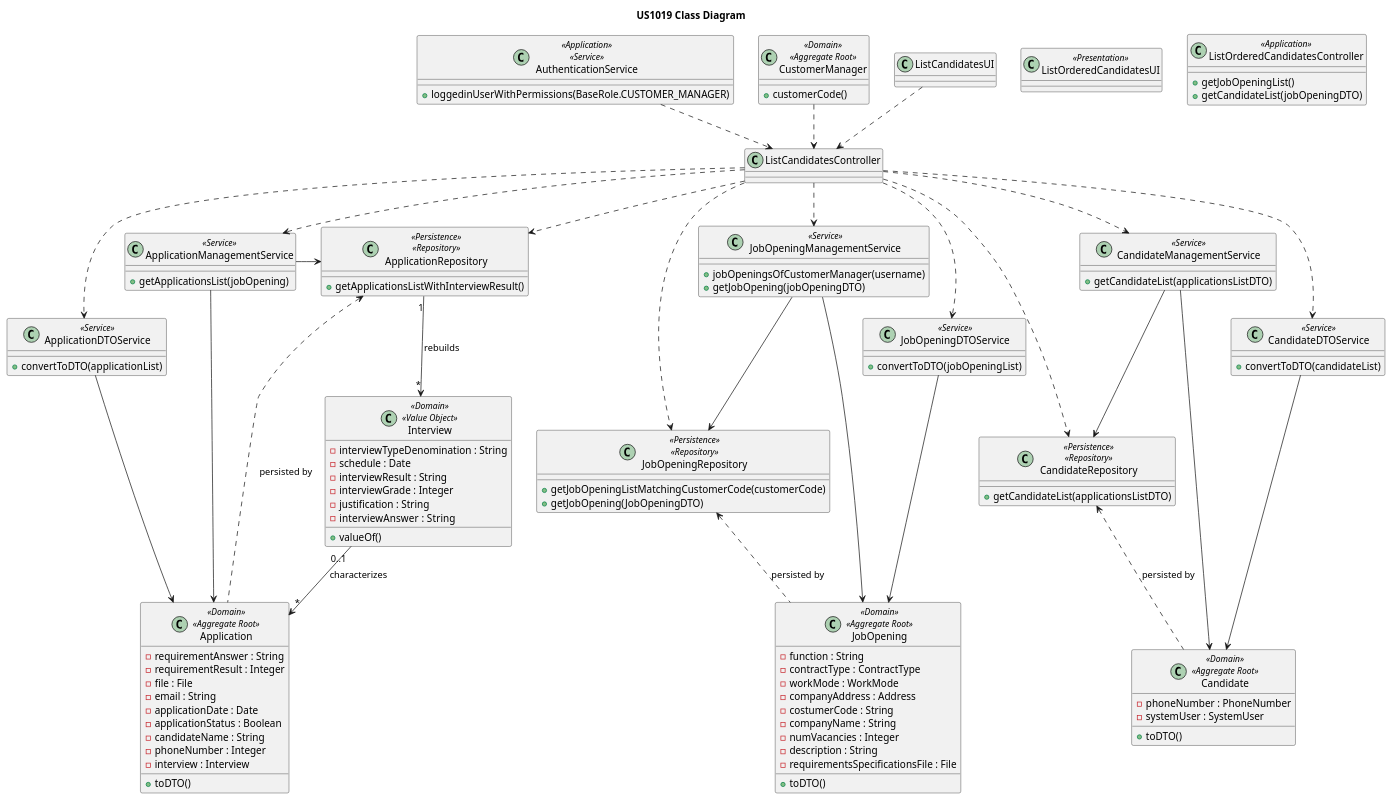
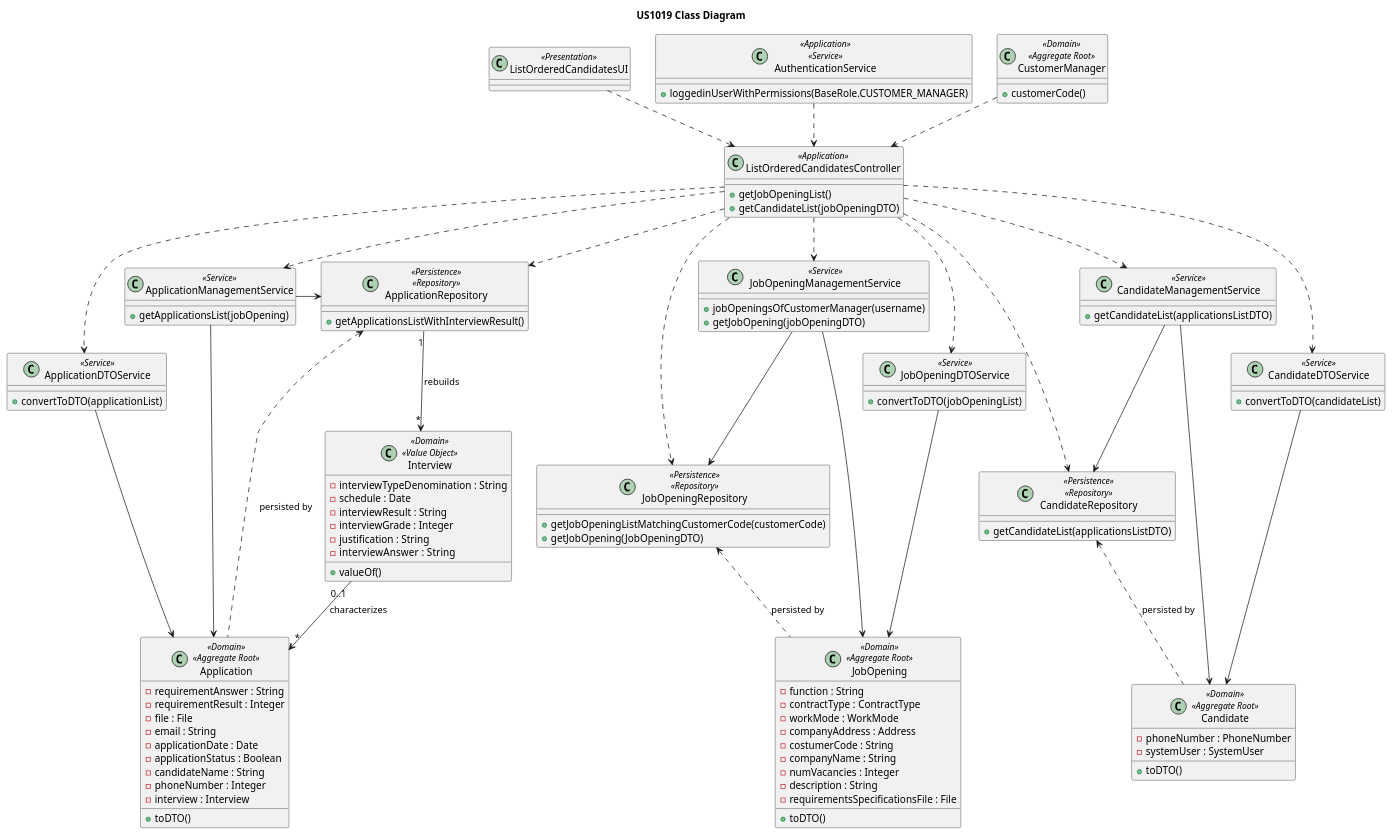
The diagram in docs/sprint-c/us_1019/CD/US1019_CD.puml (rita-barbosa/LAPR4-2324), drawn with PlantUML before and after one commit. The commit also changed 2 other files, not shown here.

Commit message:
docs: corrects names of UI and Controller on class diagram of us1019.
[#206]

```diff
--- a/docs/sprint-c/us_1019/CD/US1019_CD.puml
+++ b/docs/sprint-c/us_1019/CD/US1019_CD.puml
@@ -1,146 +1,146 @@
 @startuml US1019_CD
 title US1019 Class Diagram
 
 'package "Presentation" {
     class ListOrderedCandidatesUI <<Presentation>> {
     }
 '}
 
 'package "Application" {
     class ListOrderedCandidatesController <<Application>> {
         + getJobOpeningList()
         + getCandidateList(jobOpeningDTO)
     }
 '}
 
 class JobOpeningManagementService <<Service>> {
     + jobOpeningsOfCustomerManager(username)
     + getJobOpening(jobOpeningDTO)
 }
 
 class JobOpeningDTOService <<Service>> {
     + convertToDTO(jobOpeningList)
 }
 
 class ApplicationManagementService <<Service>> {
     + getApplicationsList(jobOpening)
 }
 
 class ApplicationDTOService <<Service>> {
     + convertToDTO(applicationList)
 }
 
 class CandidateManagementService <<Service>> {
     + getCandidateList(applicationsListDTO)
 }
 
 class CandidateDTOService <<Service>> {
     + convertToDTO(candidateList)
 }
 
 
     class AuthenticationService <<Application>> <<Service>> {
         + loggedinUserWithPermissions(BaseRole.CUSTOMER_MANAGER)
 
     }
 
     class CustomerManager <<Domain>> <<Aggregate Root>> {
         + customerCode()
     }
 
     class Candidate <<Domain>> <<Aggregate Root>> {
         - phoneNumber : PhoneNumber
         - systemUser : SystemUser
         + toDTO()
     }
 
     class JobOpening <<Domain>> <<Aggregate Root>> {
         - function : String
         - contractType : ContractType
         - workMode : WorkMode
         - companyAddress : Address
         - costumerCode : String
         - companyName : String
         - numVacancies : Integer
         - description : String
         - requirementsSpecificationsFile : File
         + toDTO()
     }
 
     class Application <<Domain>> <<Aggregate Root>> {
         - requirementAnswer : String
         - requirementResult : Integer
         - file : File
         - email : String
         - applicationDate : Date
         - applicationStatus : Boolean
         - candidateName : String
         - phoneNumber : Integer
         - interview : Interview
         + toDTO()
     }
 
     class Interview <<Domain>> <<Value Object>> {
         - interviewTypeDenomination : String
         - schedule : Date
         - interviewResult : String
         - interviewGrade : Integer
         - justification : String
         - interviewAnswer :  String
         + valueOf()
     }
 '}
 
 'package "Persistence" {
     class JobOpeningRepository <<Persistence>> <<Repository>> {
         + getJobOpeningListMatchingCustomerCode(customerCode)
         + getJobOpening(JobOpeningDTO)
     }
 
     class ApplicationRepository <<Persistence>> <<Repository>> {
         + getApplicationsListWithInterviewResult()
     }
 
     class CandidateRepository <<Persistence>> <<Repository>> {
         + getCandidateList(applicationsListDTO)
     }
 '}
 
 ' Associations
-CustomerManager ..> ListCandidatesController
-ListCandidatesUI ..> ListCandidatesController
-ListCandidatesController ..> JobOpeningRepository
-ListCandidatesController ..> ApplicationRepository
-ListCandidatesController ..> CandidateRepository
-ListCandidatesController ..> ApplicationManagementService
-ListCandidatesController ..> JobOpeningManagementService
-ListCandidatesController ..> JobOpeningDTOService
-ListCandidatesController ..> ApplicationDTOService
-ListCandidatesController ..> CandidateManagementService
-ListCandidatesController ..> CandidateDTOService
+CustomerManager ..> ListOrderedCandidatesController
+ListOrderedCandidatesUI ..> ListOrderedCandidatesController
+ListOrderedCandidatesController ..> JobOpeningRepository
+ListOrderedCandidatesController ..> ApplicationRepository
+ListOrderedCandidatesController ..> CandidateRepository
+ListOrderedCandidatesController ..> ApplicationManagementService
+ListOrderedCandidatesController ..> JobOpeningManagementService
+ListOrderedCandidatesController ..> JobOpeningDTOService
+ListOrderedCandidatesController ..> ApplicationDTOService
+ListOrderedCandidatesController ..> CandidateManagementService
+ListOrderedCandidatesController ..> CandidateDTOService
 
 ' Domain Layer
 Interview "0..1" --> "*" Application : characterizes
 JobOpeningManagementService --> JobOpeningRepository
 JobOpeningManagementService --> JobOpening
 ApplicationManagementService -> Application
 ApplicationManagementService -> ApplicationRepository
 ApplicationDTOService -> Application
 JobOpeningDTOService --> JobOpening
 CandidateManagementService --> CandidateRepository
 CandidateManagementService --> Candidate
 CandidateDTOService --> Candidate
 
 ' Persistence Layer
 JobOpeningRepository <.. JobOpening : persisted by
 
 ApplicationRepository <.. Application : persisted by
 ApplicationRepository "1" --> "*" Interview : rebuilds
 
 CandidateRepository <.. Candidate : persisted by
 
 
 ' Authentication
-AuthenticationService ..> ListCandidatesController
+AuthenticationService ..> ListOrderedCandidatesController
 
 @enduml
```
